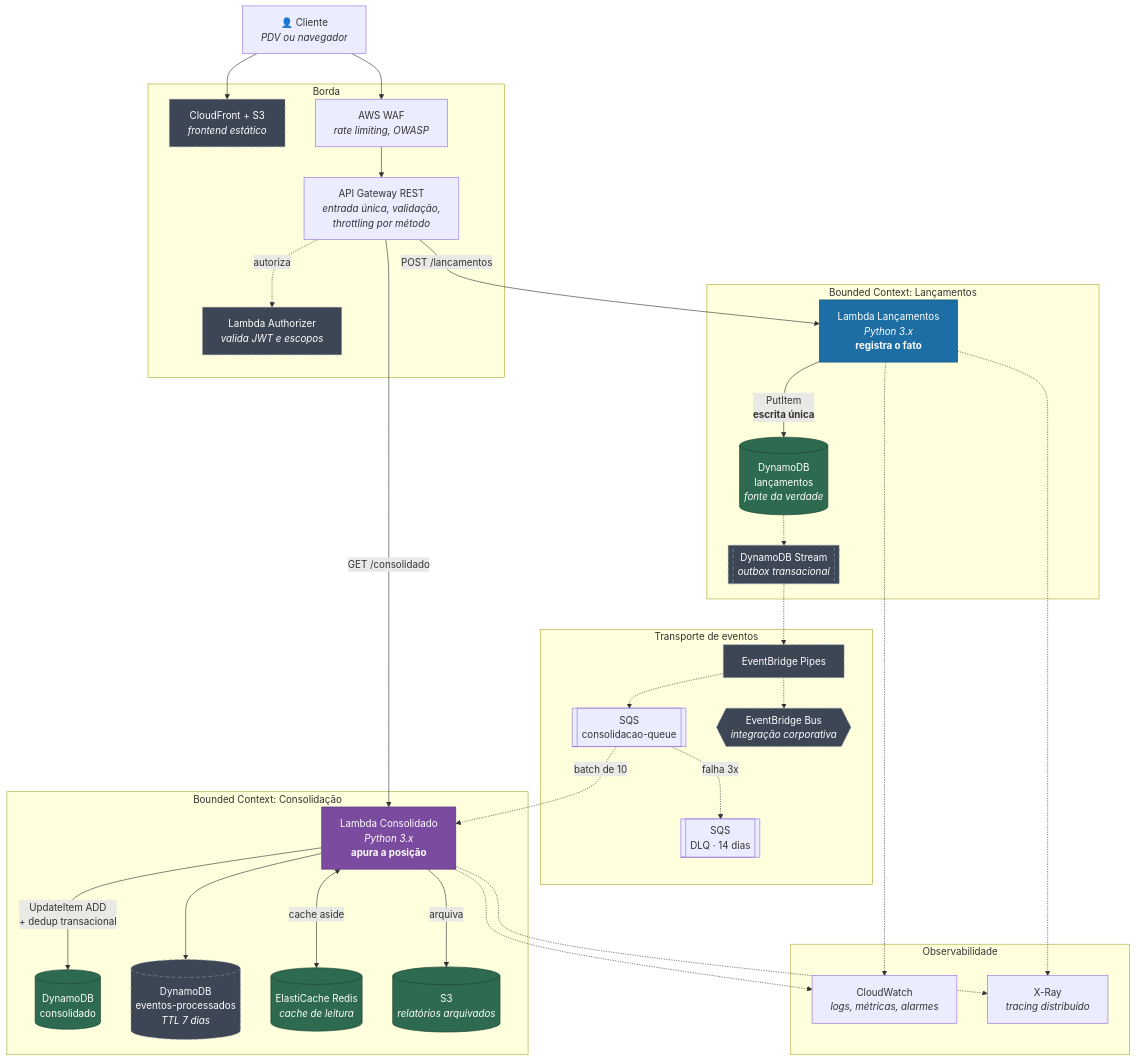
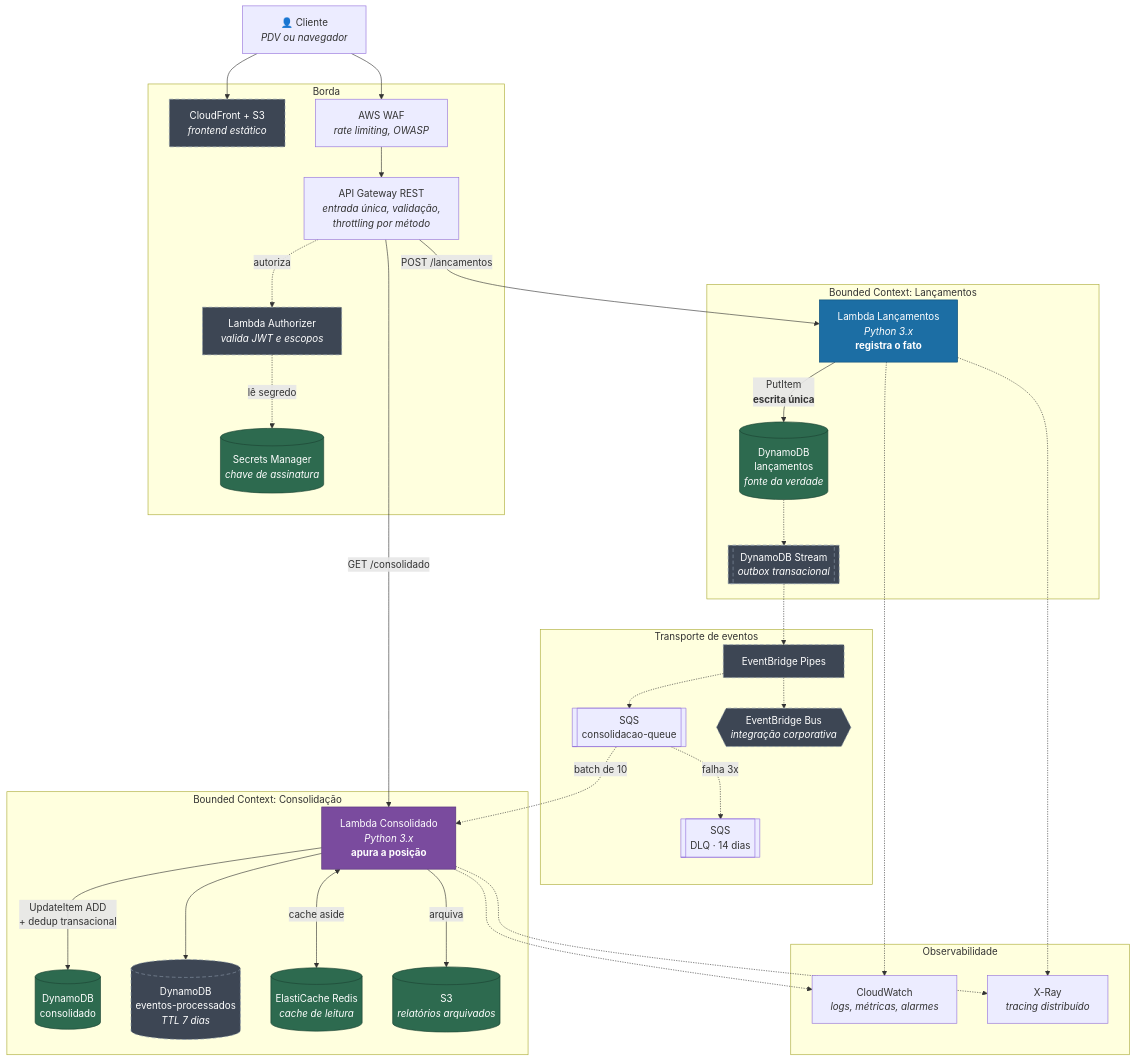
Before and after one commit to Fabianoh/gft-challenge: the second of 8 diagrams in docs/03-arquitetura-alvo.md, drawn with Mermaid. The commit also changed 2 other files, not shown here.

First paragraph of the commit message:
docs: alinha o diagrama draw.io à arquitetura alvo do C4
Os dois diagramas se contradiziam sobre o ponto central da arquitetura: como o
evento de lançamento é publicado.

````diff
--- a/docs/03-arquitetura-alvo.md
+++ b/docs/03-arquitetura-alvo.md
@@ -69,71 +69,73 @@
 ```mermaid
 flowchart TB
     cliente["👤 Cliente<br/><i>PDV ou navegador</i>"]
 
     subgraph borda["Borda"]
         cdn["CloudFront + S3<br/><i>frontend estático</i>"]
         waf["AWS WAF<br/><i>rate limiting, OWASP</i>"]
         gw["API Gateway REST<br/><i>entrada única, validação,<br/>throttling por método</i>"]
         authz["Lambda Authorizer<br/><i>valida JWT e escopos</i>"]
+        segredo[("Secrets Manager<br/><i>chave de assinatura</i>")]
     end
 
     subgraph ctxLanc["Bounded Context: Lançamentos"]
         fnLanc["Lambda Lançamentos<br/><i>Python 3.x</i><br/><b>registra o fato</b>"]
         dbLanc[("DynamoDB<br/>lançamentos<br/><i>fonte da verdade</i>")]
         stream[["DynamoDB Stream<br/><i>outbox transacional</i>"]]
     end
 
     subgraph transporte["Transporte de eventos"]
         pipe["EventBridge Pipes"]
         fila[["SQS<br/>consolidacao-queue"]]
         dlq[["SQS<br/>DLQ · 14 dias"]]
         bus{{"EventBridge Bus<br/><i>integração corporativa</i>"}}
     end
 
     subgraph ctxCons["Bounded Context: Consolidação"]
         fnCons["Lambda Consolidado<br/><i>Python 3.x</i><br/><b>apura a posição</b>"]
         dbCons[("DynamoDB<br/>consolidado")]
         dbDedup[("DynamoDB<br/>eventos-processados<br/><i>TTL 7 dias</i>")]
         cache[("ElastiCache Redis<br/><i>cache de leitura</i>")]
         s3[("S3<br/><i>relatórios arquivados</i>")]
     end
 
     subgraph obs["Observabilidade"]
         cw["CloudWatch<br/><i>logs, métricas, alarmes</i>"]
         xray["X-Ray<br/><i>tracing distribuído</i>"]
     end
 
     cliente --> cdn
     cliente --> waf
     waf --> gw
     gw -.->|"autoriza"| authz
+    authz -.->|"lê segredo"| segredo
     gw -->|"POST /lancamentos"| fnLanc
     gw -->|"GET /consolidado"| fnCons
 
     fnLanc -->|"PutItem<br/><b>escrita única</b>"| dbLanc
     dbLanc -.-> stream
     stream -.-> pipe
     pipe -.-> fila
     pipe -.-> bus
     fila -.->|"falha 3x"| dlq
     fila -.->|"batch de 10"| fnCons
 
     fnCons -->|"UpdateItem ADD<br/>+ dedup transacional"| dbCons
     fnCons --> dbDedup
     fnCons <-->|"cache aside"| cache
     fnCons -->|"arquiva"| s3
 
     fnLanc -.-> cw
     fnCons -.-> cw
     fnLanc -.-> xray
     fnCons -.-> xray
 
     classDef alvo stroke-dasharray: 6 4,fill:#3d4654,stroke:#8b98a8,color:#fff
     classDef lanc fill:#1c6ea4,stroke:#0d4d78,color:#fff
     classDef cons fill:#7a4b9e,stroke:#54307a,color:#fff
     classDef dados fill:#2d6a4f,stroke:#1b4332,color:#fff
     class authz,stream,pipe,bus,dbDedup,cdn alvo
     class fnLanc lanc
     class fnCons cons
-    class dbLanc,dbCons,cache,s3 dados
+    class dbLanc,dbCons,cache,s3,segredo dados
 ```
````
